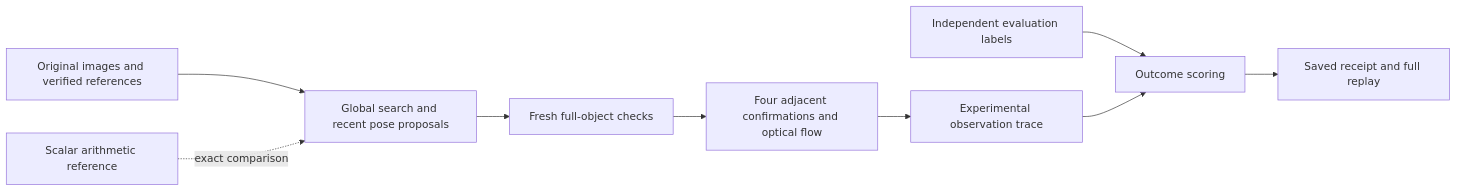
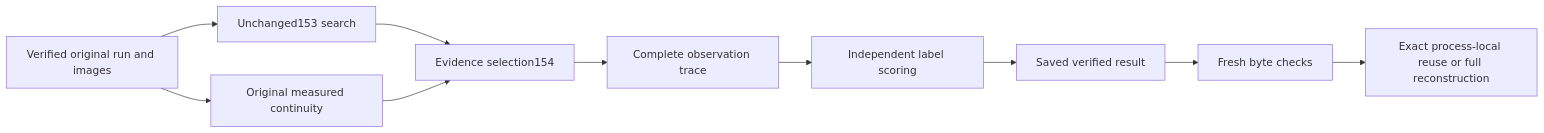
Before and after one commit to eyeoverthink/Fraynix-Agent-Workspace: the diagram in README.md, drawn with Mermaid. The commit also changed other lines of this file and 72 other files, not shown here.

Commit message:
Document edition 154 preserved continuity and verified replay costs

````diff
--- a/README.md
+++ b/README.md
@@ -103,11 +109,12 @@
 ```mermaid
 flowchart LR
-  A[Original images and verified references] --> B[Global search and recent pose proposals]
-  B --> C[Fresh full-object checks]
-  C --> D[Four adjacent confirmations and optical flow]
-  D --> E[Experimental observation trace]
-  L[Independent evaluation labels] --> F[Outcome scoring]
-  E --> F
-  F --> G[Saved receipt and full replay]
-  R[Scalar arithmetic reference] -. exact comparison .-> B
+  A[Verified original run and images] --> B[Unchanged153 search]
+  A --> C[Original measured continuity]
+  B --> D[Evidence selection154]
+  C --> D
+  D --> E[Complete observation trace]
+  E --> F[Independent label scoring]
+  F --> G[Saved verified result]
+  G --> H[Fresh byte checks]
+  H --> I[Exact process-local reuse or full reconstruction]
 ```
````
